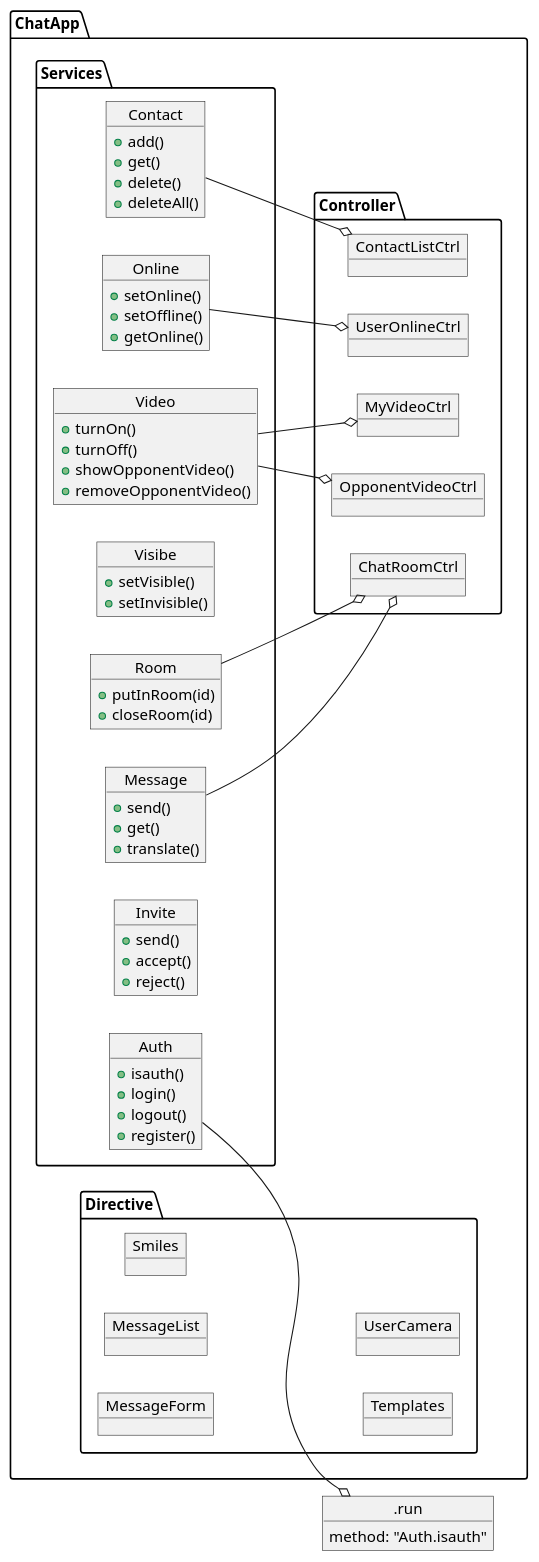
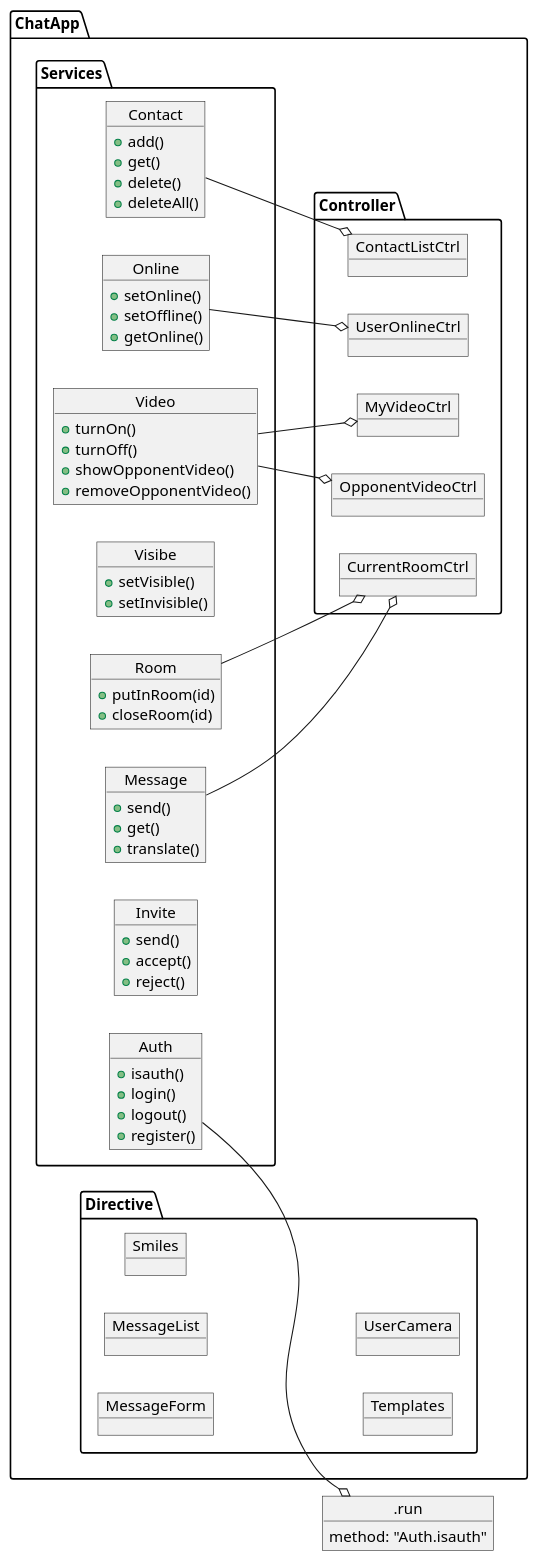
Before and after one commit to zdimon/angular-chat: the first of 2 diagrams in doc/source/owerview.rst, drawn with PlantUML. The commit also changed 23 other files, not shown here.

```diff
--- a/doc/source/owerview.rst
+++ b/doc/source/owerview.rst
@@ -84,7 +84,7 @@
 
             }
 
-            object ChatRoomCtrl {
+            object CurrentRoomCtrl {
 
             }
 
@@ -129,8 +129,8 @@
 
             Auth --o .run
             Online --o UserOnlineCtrl
-            Message --o ChatRoomCtrl
-            Room --o ChatRoomCtrl
+            Message --o CurrentRoomCtrl
+            Room --o CurrentRoomCtrl
             ContactListCtrl o-- Contact
             MyVideoCtrl o-- Video
             OpponentVideoCtrl o-- Video
```
